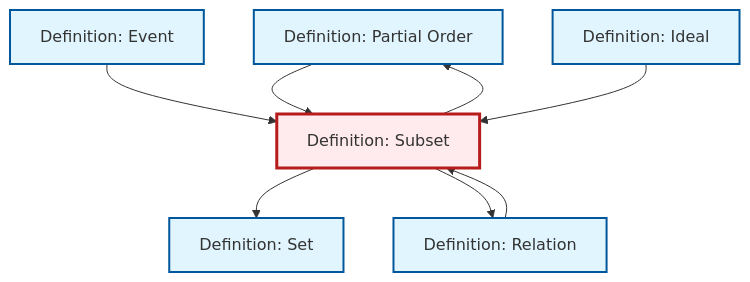
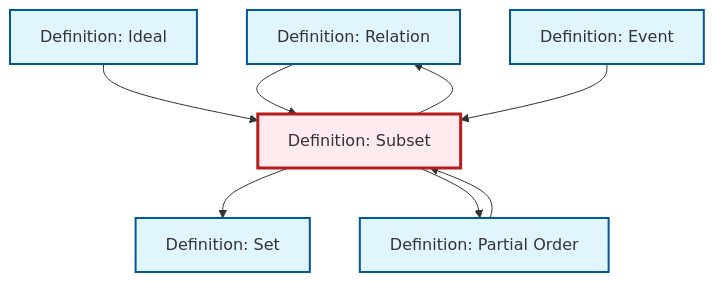
Before and after one commit to RK0429/ModernMath: the diagram in content/en/logic-set-theory/def-subset.qmd, drawn with Mermaid. The commit also changed other lines of this file and 619 other files, not shown here.

````diff
--- a/content/en/logic-set-theory/def-subset.qmd
+++ b/content/en/logic-set-theory/def-subset.qmd
@@ -51,28 +51,28 @@
 ```{mermaid}
 %%| fig-cap: "Local dependency graph"
 graph TD
     classDef definition fill:#e1f5fe,stroke:#01579b,stroke-width:2px
     classDef theorem fill:#f3e5f5,stroke:#4a148c,stroke-width:2px
     classDef axiom fill:#fff3e0,stroke:#e65100,stroke-width:2px
     classDef example fill:#e8f5e9,stroke:#1b5e20,stroke-width:2px
     classDef current fill:#ffebee,stroke:#b71c1c,stroke-width:3px
+    def-relation["Definition: Relation"]:::definition
+    def-set["Definition: Set"]:::definition
     def-partial-order["Definition: Partial Order"]:::definition
+    def-event["Definition: Event"]:::definition
+    def-ideal["Definition: Ideal"]:::definition
     def-subset["Definition: Subset"]:::definition
-    def-ideal["Definition: Ideal"]:::definition
-    def-set["Definition: Set"]:::definition
-    def-event["Definition: Event"]:::definition
-    def-relation["Definition: Relation"]:::definition
-    def-subset --> def-set
     def-relation --> def-subset
     def-subset --> def-relation
+    def-subset --> def-set
+    def-partial-order --> def-subset
     def-subset --> def-partial-order
-    def-partial-order --> def-subset
+    def-ideal --> def-subset
     def-event --> def-subset
-    def-ideal --> def-subset
     class def-subset current
+    click def-relation "def-relation.html" "Go to Relation definition"
+    click def-set "def-set.html" "Go to Set definition"
     click def-partial-order "def-partial-order.html" "Go to Partial Order definition"
+    click def-event "def-event.html" "Go to Event definition"
     click def-ideal "def-ideal.html" "Go to Ideal definition"
-    click def-set "def-set.html" "Go to Set definition"
-    click def-event "def-event.html" "Go to Event definition"
-    click def-relation "def-relation.html" "Go to Relation definition"
 ```
````
